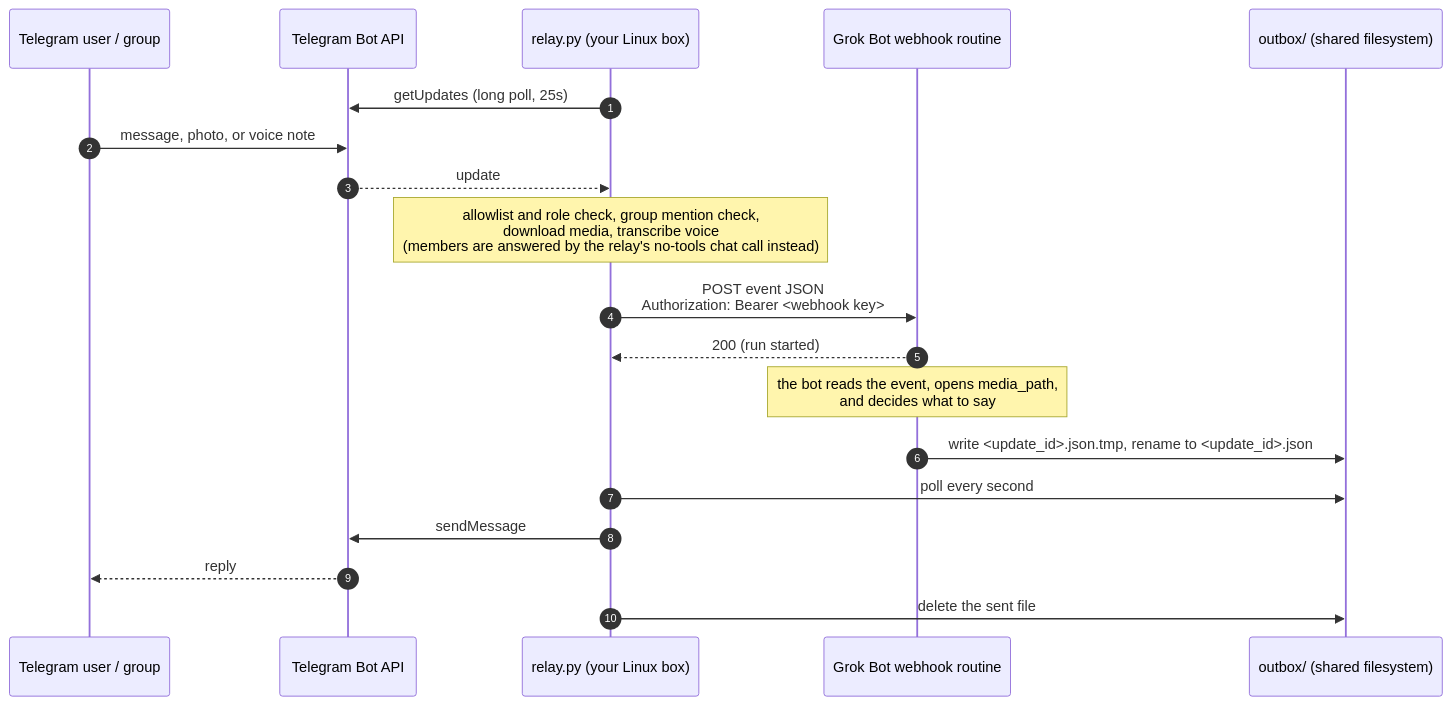
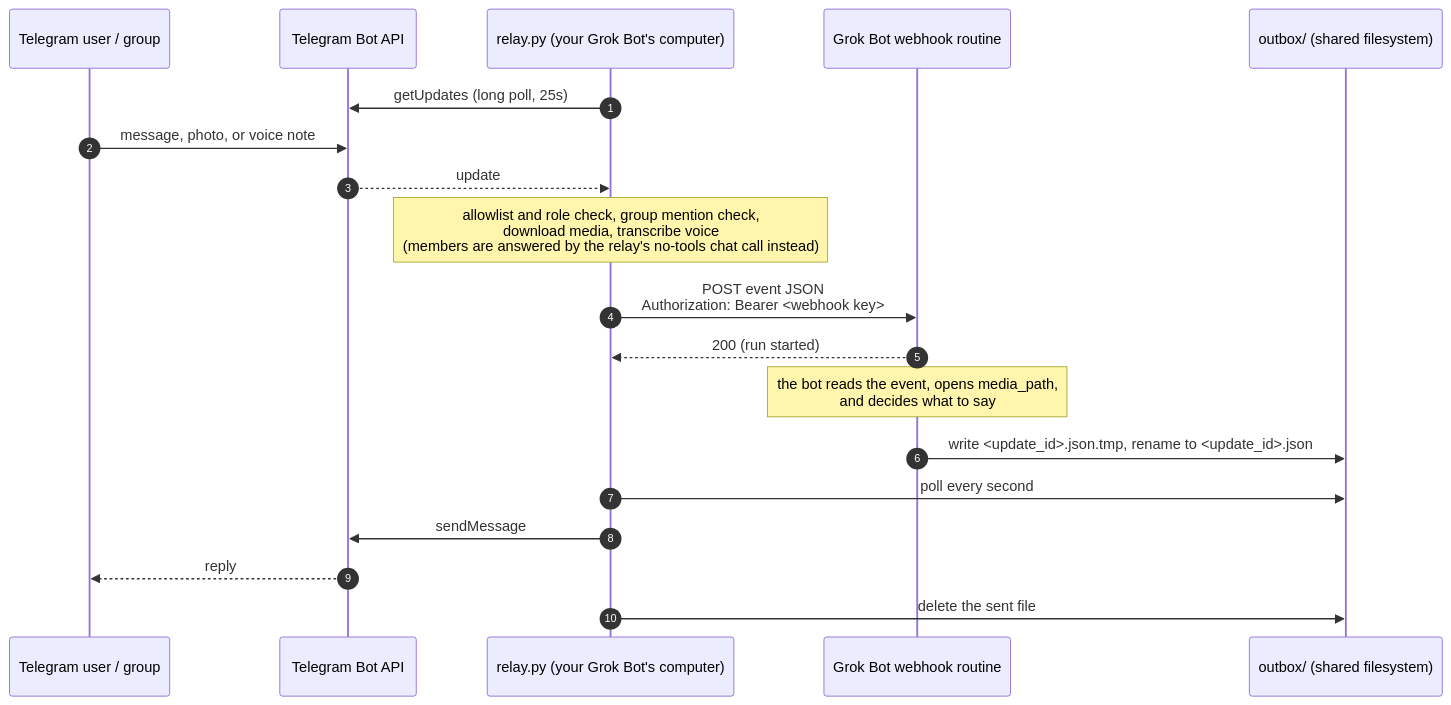
Before and after one commit to Ashe-Oro/grokbot-telegram-bridge: the diagram in docs/SETUP.md, drawn with Mermaid. The commit also changed other lines of this file and 6 other files, not shown here.

Commit message:
Docs: roles, where it runs, and SETUP-PROMPT.md for Grok Bot onboarding

````diff
--- a/docs/SETUP.md
+++ b/docs/SETUP.md
@@ -33,22 +39,22 @@
 ```mermaid
 sequenceDiagram
     autonumber
     participant U as Telegram user / group
     participant T as Telegram Bot API
-    participant R as relay.py (your Linux box)
+    participant R as relay.py (your Grok Bot's computer)
     participant G as Grok Bot webhook routine
     participant O as outbox/ (shared filesystem)
 
     R->>T: getUpdates (long poll, 25s)
     U->>T: message, photo, or voice note
     T-->>R: update
     Note over R: allowlist and role check, group mention check,<br/>download media, transcribe voice<br/>(members are answered by the relay's no-tools chat call instead)
     R->>G: POST event JSON<br/>Authorization: Bearer <webhook key>
     G-->>R: 200 (run started)
     Note over G: the bot reads the event, opens media_path,<br/>and decides what to say
     G->>O: write <update_id>.json.tmp, rename to <update_id>.json
     R->>O: poll every second
     R->>T: sendMessage
     T-->>U: reply
     R->>O: delete the sent file
 ```
````
